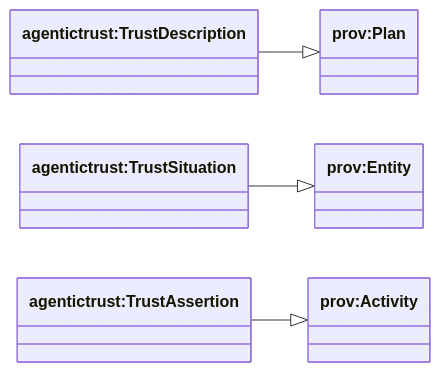
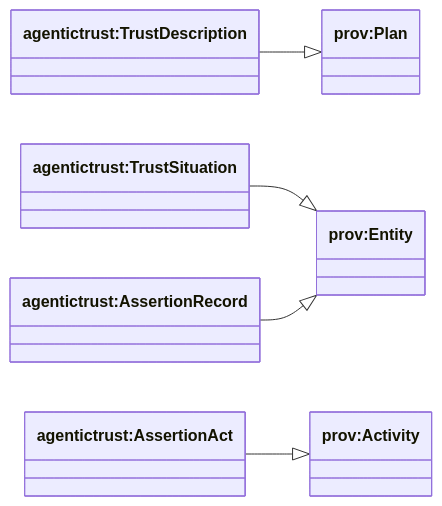
One commit to Agentic-Trust-Layer/agent-explorer changed the first of 2 diagrams in docs/ontology/provenance.md. Above: the diagram before and after it, drawn with Mermaid. The commit also changed other lines of this file and 4 other files, not shown here.

````diff
--- a/docs/ontology/provenance.md
+++ b/docs/ontology/provenance.md
@@ -7,16 +7,18 @@
 ```mermaid
 classDiagram
 direction LR
 
 class provPlan["prov:Plan"]
 class provActivity["prov:Activity"]
 class provEntity["prov:Entity"]
 
 class TrustDescription["agentictrust:TrustDescription"]
 class TrustSituation["agentictrust:TrustSituation"]
-class TrustAssertion["agentictrust:TrustAssertion"]
+class AssertionAct["agentictrust:AssertionAct"]
+class AssertionRecord["agentictrust:AssertionRecord"]
 
 TrustDescription --|> provPlan
 TrustSituation --|> provEntity
-TrustAssertion --|> provActivity
+AssertionAct --|> provActivity
+AssertionRecord --|> provEntity
 ```
````
